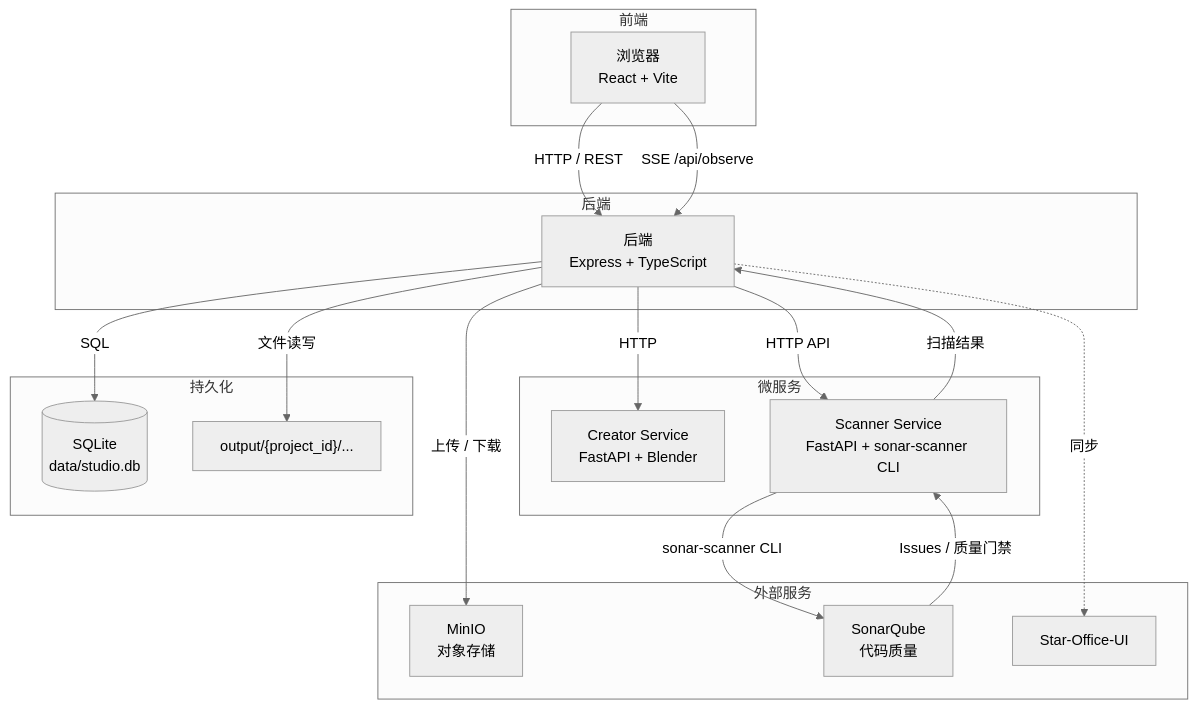
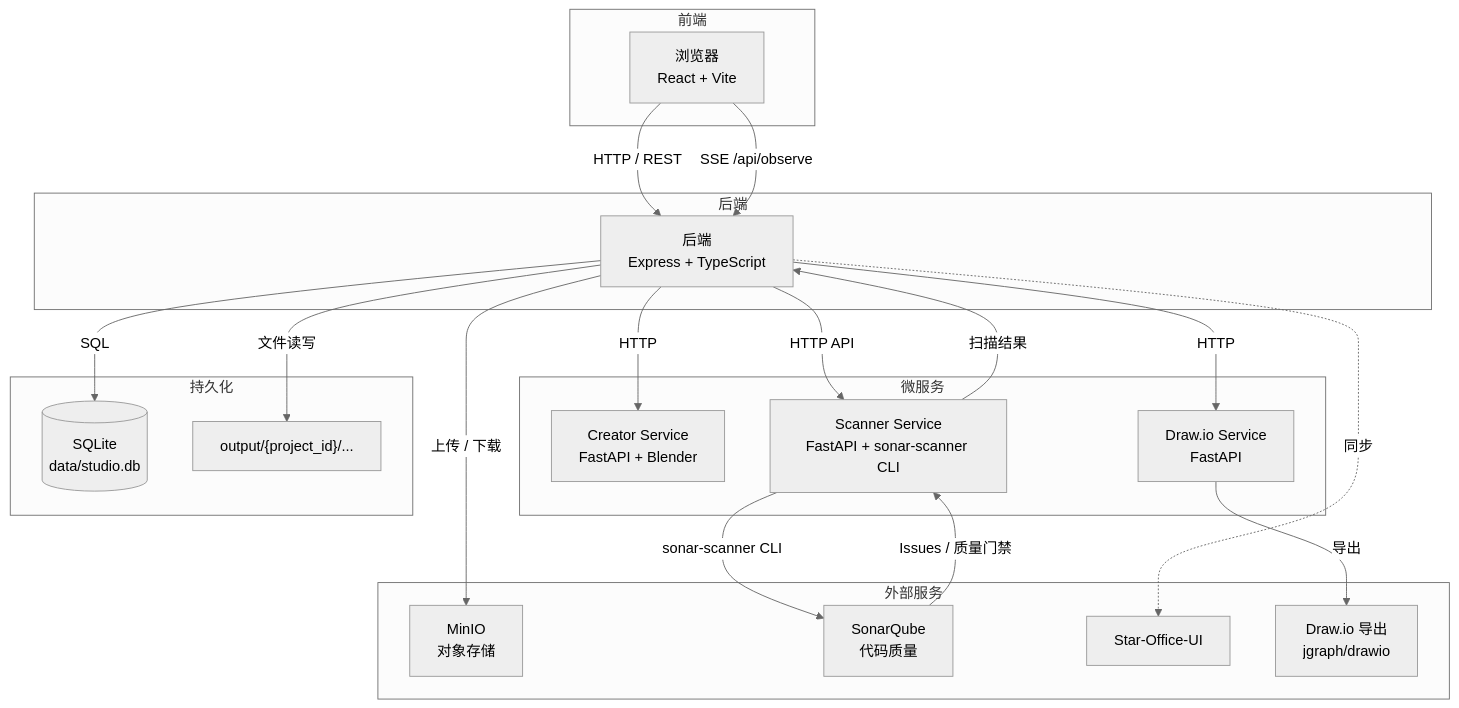
The diagram in docs/ARCHITECTURE.zh-CN.md (luoxiaojun1992/game-studio), drawn with Mermaid (neutral theme) before and after one commit. The commit also changed other lines of this file and 15 other files, not shown here.

````diff
--- a/docs/ARCHITECTURE.zh-CN.md
+++ b/docs/ARCHITECTURE.zh-CN.md
@@ -18,40 +18,44 @@
 ```mermaid
 graph TB
     subgraph "前端"
         Browser["浏览器<br/>React + Vite"]
     end
 
     subgraph "后端"
         BE["后端<br/>Express + TypeScript"]
     end
 
     subgraph "外部服务"
         MinIO["MinIO<br/>对象存储"]
         Sonar["SonarQube<br/>代码质量"]
         StarOffice["Star-Office-UI"]
+        DrawioExport["Draw.io 导出<br/>jgraph/drawio"]
     end
 
     subgraph "微服务"
         Creator["Creator Service<br/>FastAPI + Blender"]
+        Drawio["Draw.io Service<br/>FastAPI"]
         Scanner["Scanner Service<br/>FastAPI + sonar-scanner CLI"]
     end
 
     subgraph "持久化"
         SQLite[("SQLite<br/>data/studio.db")]
         Output["output/{project_id}/..."]
     end
 
     Browser -->|HTTP / REST| BE
     Browser -->|SSE /api/observe| BE
 
     BE -->|HTTP| Creator
+    BE -->|HTTP| Drawio
     BE -->|上传 / 下载| MinIO
     BE -->|SQL| SQLite
     BE -->|文件读写| Output
     BE -->|HTTP API| Scanner
     BE -.->|同步| StarOffice
+    Drawio -->|导出| DrawioExport
 
     Scanner -->|sonar-scanner CLI| Sonar
     Sonar -->|Issues / 质量门禁| Scanner
     Scanner -->|扫描结果| BE
 ```
````
